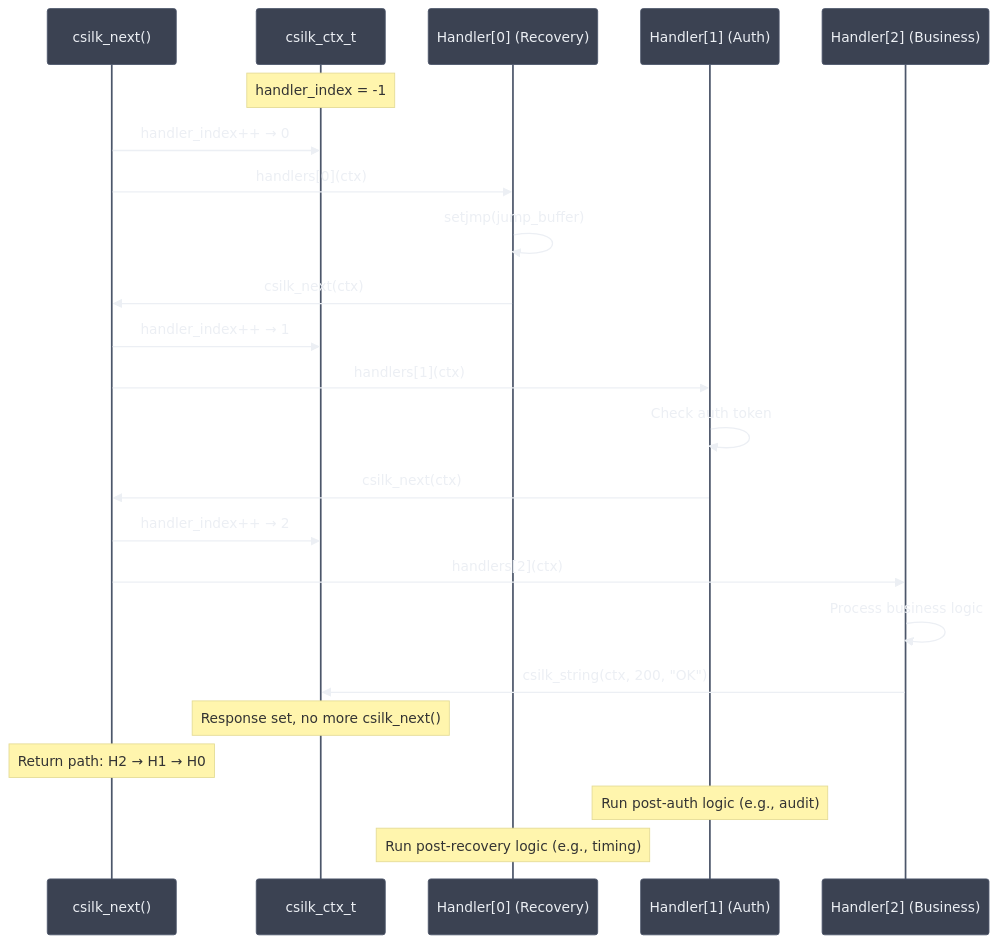
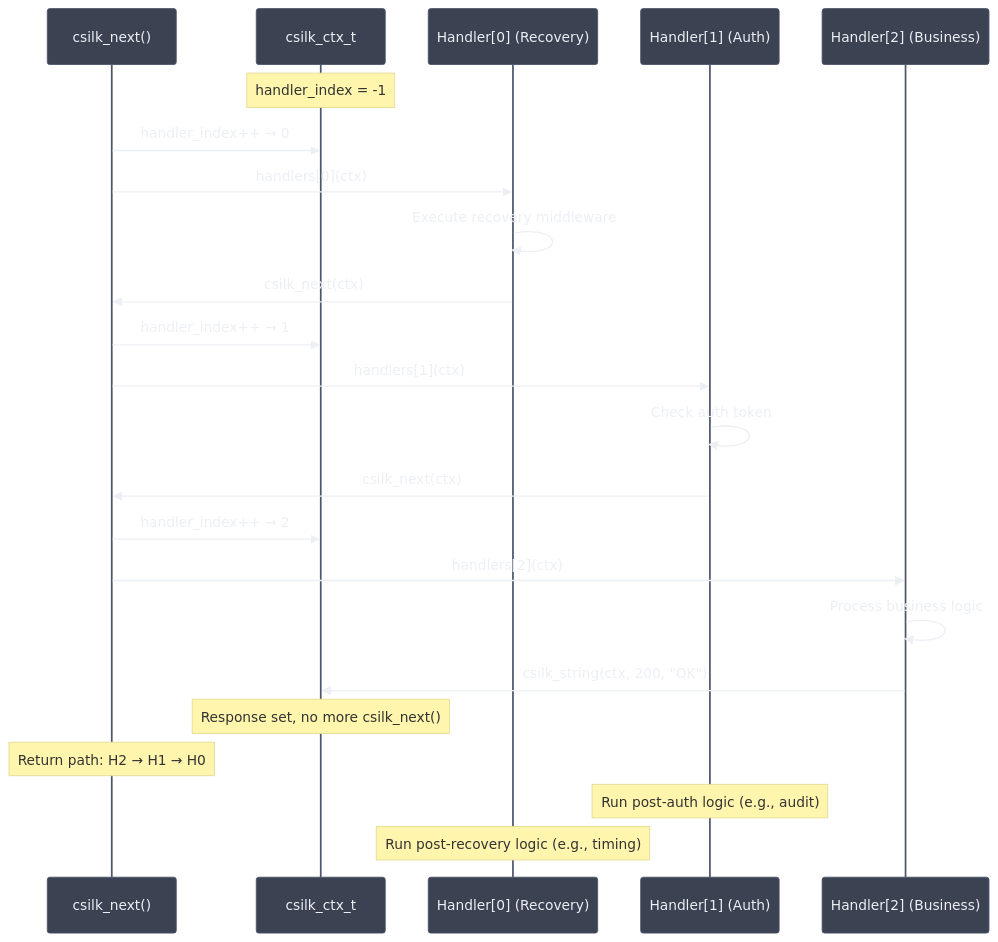
Before and after one commit to quintin-lee/csilk: the third of 5 diagrams in docs/module-design/context.md, drawn with Mermaid. The commit also changed other lines of this file and 5 other files, not shown here.

Commit message:
docs: 📝 align ctx/router docs with current code — remove jump_buffer, fix bucket count, update panic model, document match_result API

````diff
--- a/docs/module-design/context.md
+++ b/docs/module-design/context.md
@@ -150,55 +154,55 @@
 ```mermaid
 %%{init: {
   'theme': 'base',
   'themeVariables': {
     'background': '#2E3440',
     'primaryColor': '#81A1C1',
     'primaryBorderColor': '#4C566A',
     'primaryTextColor': '#ECEFF4',
     'secondaryColor': '#3B4252',
     'secondaryBorderColor': '#434C5E',
     'secondaryTextColor': '#D8DEE9',
     'lineColor': '#81A1C1',
     'textColor': '#ECEFF4',
     'mainBkg': '#3B4252',
     'nodeBorder': '#4C566A',
     'clusterBkg': '#2E3440',
     'clusterBorder': '#4C566A',
     'titleColor': '#ECEFF4',
     'edgeLabelBackground': '#3B4252',
     'nodeTextColor': '#ECEFF4'
   }
 }}%%
 sequenceDiagram
     participant S as csilk_next()
     participant C as csilk_ctx_t
     participant H0 as Handler[0] (Recovery)
     participant H1 as Handler[1] (Auth)
     participant H2 as Handler[2] (Business)
 
     Note over C: handler_index = -1
 
     S->>C: handler_index++ → 0
     S->>H0: handlers[0](ctx)
 
-    H0->>H0: setjmp(jump_buffer)
+    H0->>H0: Execute recovery middleware
     H0->>S: csilk_next(ctx)
 
     S->>C: handler_index++ → 1
     S->>H1: handlers[1](ctx)
 
     H1->>H1: Check auth token
     H1->>S: csilk_next(ctx)
 
     S->>C: handler_index++ → 2
     S->>H2: handlers[2](ctx)
 
     H2->>H2: Process business logic
     H2->>C: csilk_string(ctx, 200, "OK")
 
     Note over C: Response set, no more csilk_next()
 
     Note over S: Return path: H2 → H1 → H0
     Note over H1: Run post-auth logic (e.g., audit)
     Note over H0: Run post-recovery logic (e.g., timing)
 ```
````
